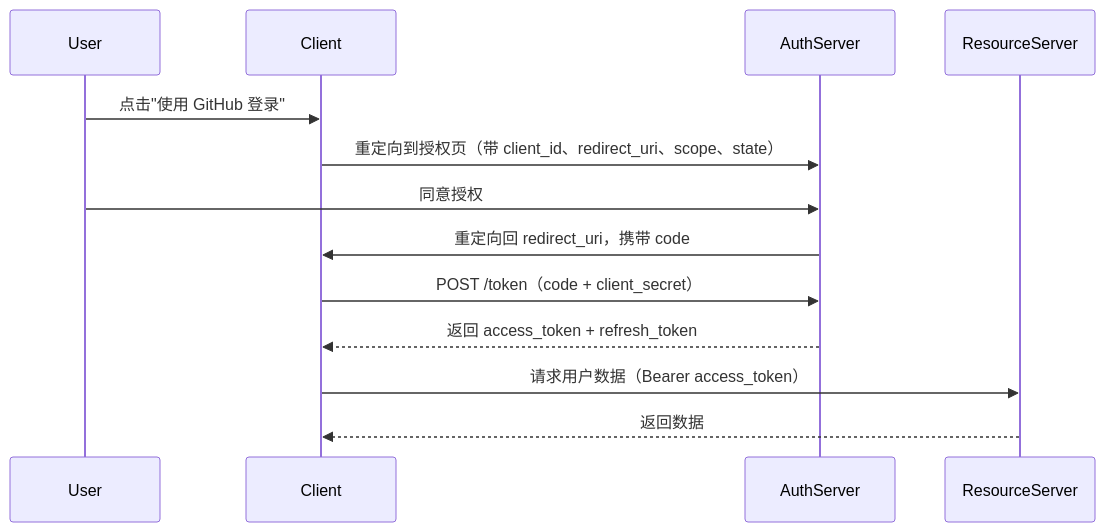
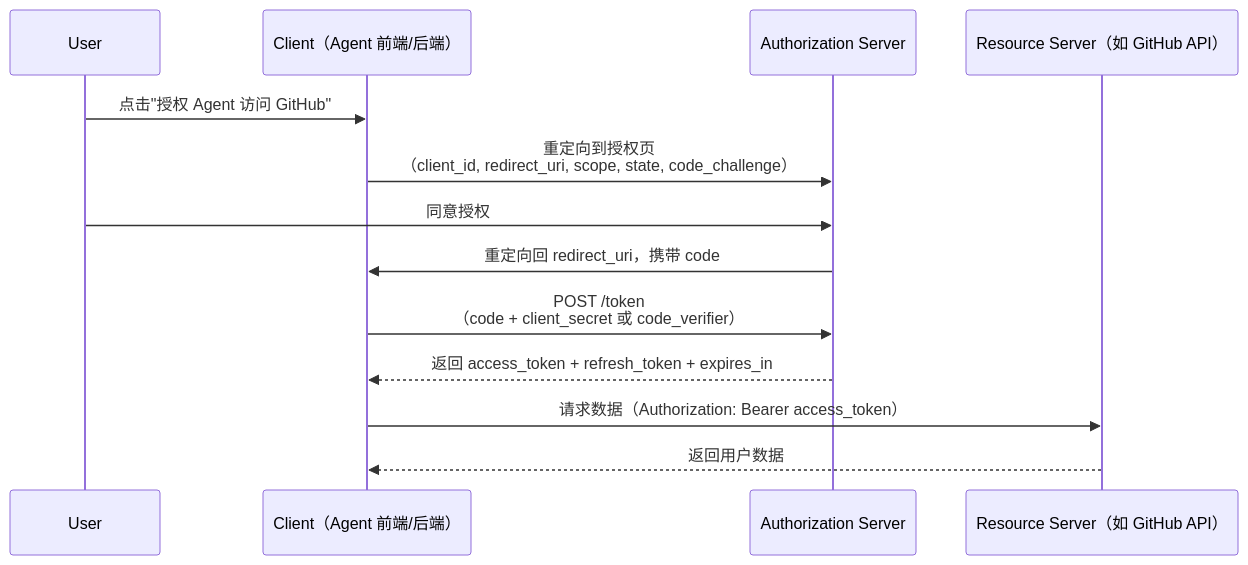
One commit to AmbitionC/front-end-journey-resource changed the diagram in knowledge/backend/auth/oauth2.md. Above: the diagram before and after it, drawn with Mermaid. The commit also changed other lines of this file and 60 other files, not shown here.

````diff
--- a/knowledge/backend/auth/oauth2.md
+++ b/knowledge/backend/auth/oauth2.md
@@ -16,11 +25,16 @@
 ```mermaid
 sequenceDiagram
-    User->>Client: 点击"使用 GitHub 登录"
-    Client->>AuthServer: 重定向到授权页（带 client_id、redirect_uri、scope、state）
+    participant User
+    participant Client as Client（Agent 前端/后端）
+    participant AuthServer as Authorization Server
+    participant ResourceServer as Resource Server（如 GitHub API）
+
+    User->>Client: 点击"授权 Agent 访问 GitHub"
+    Client->>AuthServer: 重定向到授权页<br/>（client_id, redirect_uri, scope, state, code_challenge）
     User->>AuthServer: 同意授权
     AuthServer->>Client: 重定向回 redirect_uri，携带 code
-    Client->>AuthServer: POST /token（code + client_secret）
-    AuthServer-->>Client: 返回 access_token + refresh_token
-    Client->>ResourceServer: 请求用户数据（Bearer access_token）
-    ResourceServer-->>Client: 返回数据
+    Client->>AuthServer: POST /token<br/>（code + client_secret 或 code_verifier）
+    AuthServer-->>Client: 返回 access_token + refresh_token + expires_in
+    Client->>ResourceServer: 请求数据（Authorization: Bearer access_token）
+    ResourceServer-->>Client: 返回用户数据
 ```
````
